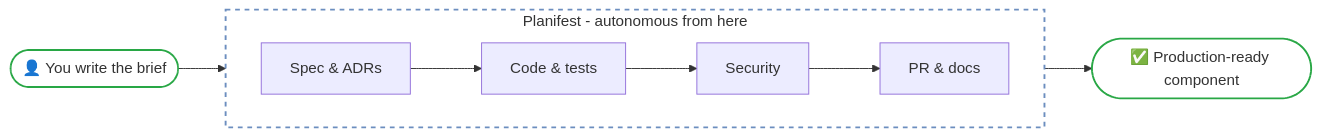
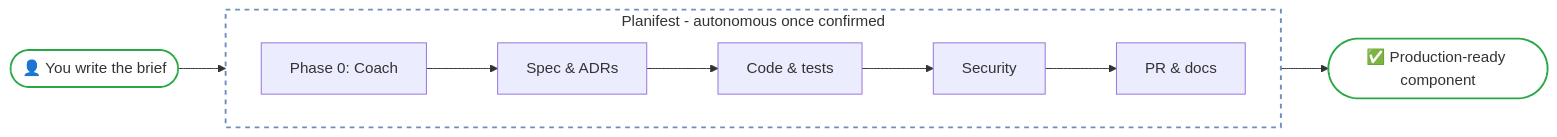
The first of 2 diagrams in planifest-docs/p002-planifest-product-concept.md (planifest/planifest-website), drawn with Mermaid before and after one commit. The commit also changed other lines of this file and 6 other files, not shown here.

````diff
--- a/planifest-docs/p002-planifest-product-concept.md
+++ b/planifest-docs/p002-planifest-product-concept.md
@@ -40,17 +41,17 @@
 ```mermaid
 flowchart LR
     H(["👤 You write the brief"])
 
-    H --> S
+    H --> P0[Phase 0: Coach]
 
-    subgraph S["Planifest - autonomous from here"]
+    subgraph S["Planifest - autonomous once confirmed"]
         direction LR
-        A["Spec & ADRs"] --> B["Code & tests"] --> C["Security"] --> D["PR & docs"]
+        P0 --> A["Spec & ADRs"] --> B["Code & tests"] --> C["Security"] --> D["PR & docs"]
     end
 
     D --> PR(["✅ Production-ready component"])
 
     style H fill:transparent,stroke:#28a745,stroke-width:2px
     style PR fill:transparent,stroke:#28a745,stroke-width:2px
     style S fill:transparent,stroke:#6c8ebf,stroke-width:2px,stroke-dasharray: 5 5
 ```
````
